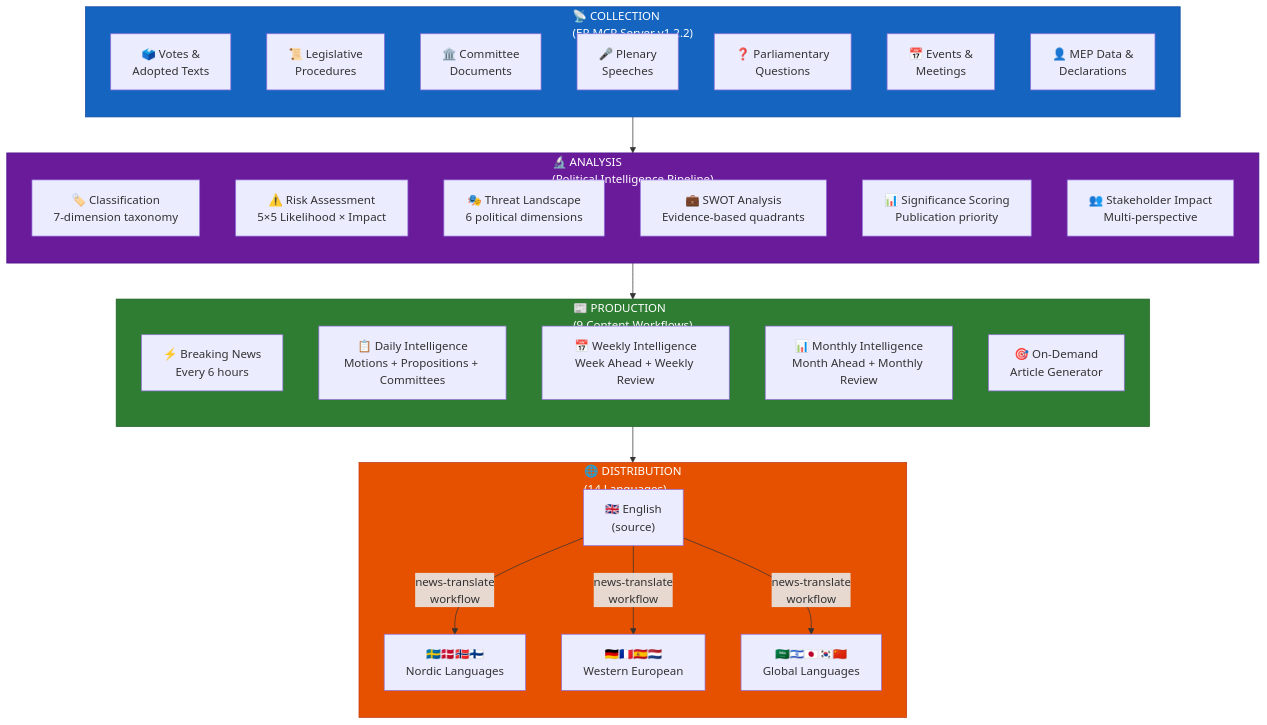
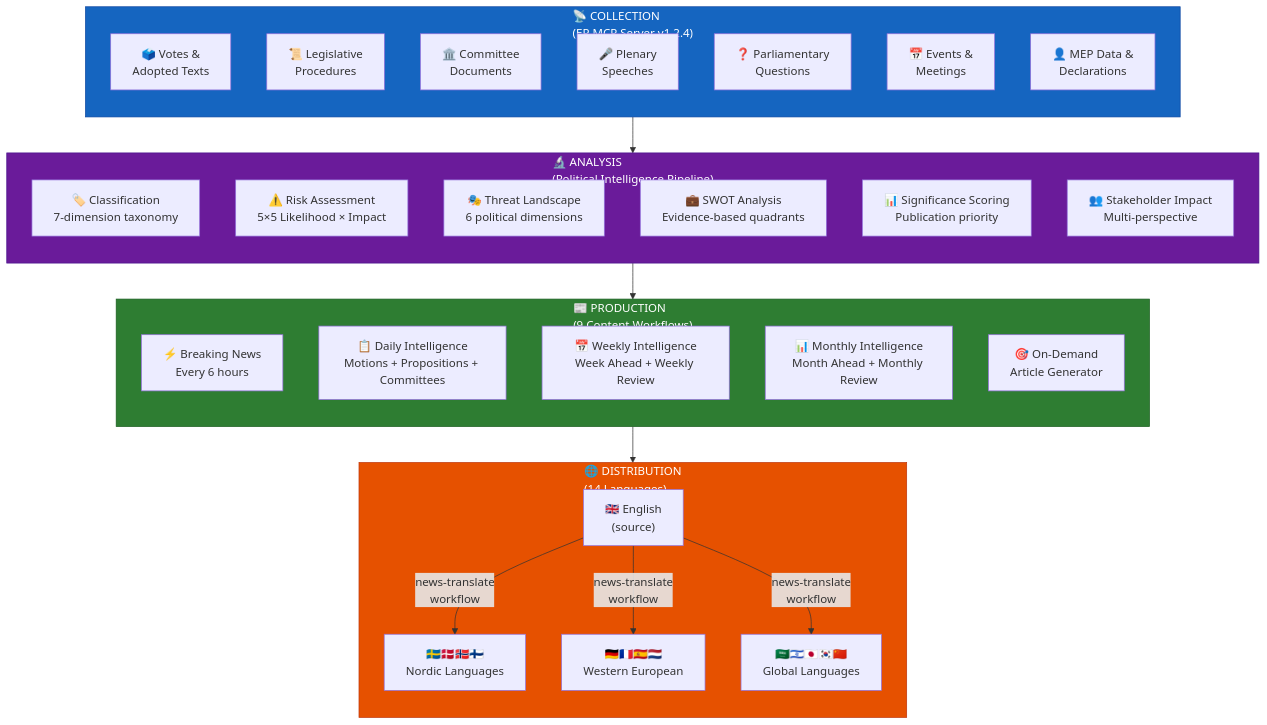
Before and after one commit to Hack23/euparliamentmonitor: diagram 18 of 21 in WORKFLOWS.md, drawn with Mermaid. The commit also changed other lines of this file and 36 other files, not shown here.

First line of the commit message:
bump european-parliament-mcp-server to 1.2.4 across all configs, workflows, and docs

````diff
--- a/WORKFLOWS.md
+++ b/WORKFLOWS.md
@@ -1625,48 +1625,48 @@
 ```mermaid
 flowchart TD
-    subgraph Collection["📡 COLLECTION<br/>(EP MCP Server v1.2.2)"]
+    subgraph Collection["📡 COLLECTION<br/>(EP MCP Server v1.2.4)"]
         direction TB
         C1["🗳️ Votes &<br/>Adopted Texts"]
         C2["📜 Legislative<br/>Procedures"]
         C3["🏛️ Committee<br/>Documents"]
         C4["🎤 Plenary<br/>Speeches"]
         C5["❓ Parliamentary<br/>Questions"]
         C6["📅 Events &<br/>Meetings"]
         C7["👤 MEP Data &<br/>Declarations"]
     end
 
     subgraph Analysis["🔬 ANALYSIS<br/>(Political Intelligence Pipeline)"]
         direction TB
         A1["🏷️ Classification<br/>7-dimension taxonomy"]
         A2["⚠️ Risk Assessment<br/>5×5 Likelihood × Impact"]
         A3["🎭 Threat Landscape<br/>6 political dimensions"]
         A4["💼 SWOT Analysis<br/>Evidence-based quadrants"]
         A5["📊 Significance Scoring<br/>Publication priority"]
         A6["👥 Stakeholder Impact<br/>Multi-perspective"]
     end
 
     subgraph Production["📰 PRODUCTION<br/>(9 Content Workflows)"]
         direction TB
         P1["⚡ Breaking News<br/>Every 6 hours"]
         P2["📋 Daily Intelligence<br/>Motions + Propositions + Committees"]
         P3["📅 Weekly Intelligence<br/>Week Ahead + Weekly Review"]
         P4["📊 Monthly Intelligence<br/>Month Ahead + Monthly Review"]
         P5["🎯 On-Demand<br/>Article Generator"]
     end
 
     subgraph Distribution["🌐 DISTRIBUTION<br/>(14 Languages)"]
         direction TB
         D1["🇬🇧 English<br/>(source)"]
         D2["🇸🇪🇩🇰🇳🇴🇫🇮<br/>Nordic Languages"]
         D3["🇩🇪🇫🇷🇪🇸🇳🇱<br/>Western European"]
         D4["🇸🇦🇮🇱🇯🇵🇰🇷🇨🇳<br/>Global Languages"]
     end
 
     Collection --> Analysis --> Production --> D1
     D1 --> |"news-translate<br/>workflow"| D2 & D3 & D4
 
     style Collection fill:#1565C0,stroke:#0D47A1,color:#FFFFFF
     style Analysis fill:#6A1B9A,stroke:#4A148C,color:#FFFFFF
     style Production fill:#2E7D32,stroke:#1B5E20,color:#FFFFFF
     style Distribution fill:#E65100,stroke:#BF360C,color:#FFFFFF
 ```
````
